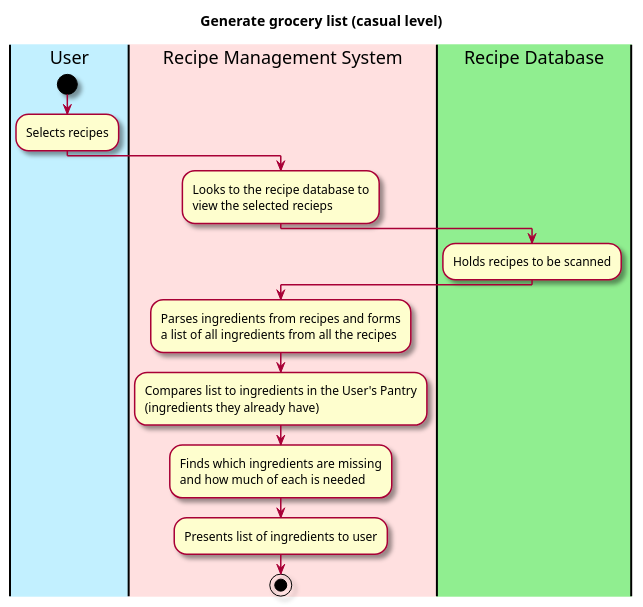
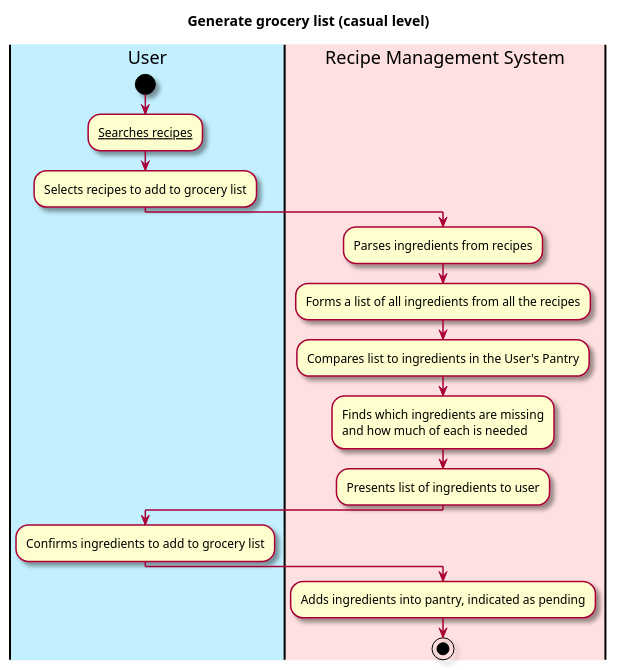
The diagram in intellij/doc/use-cases/generate_grocery_list.md (berthashipper/Pantry-Pal-Android-Application), drawn with PlantUML before and after one commit. The commit also changed 7 other files, not shown here.

````diff
--- a/intellij/doc/use-cases/generate_grocery_list.md
+++ b/intellij/doc/use-cases/generate_grocery_list.md
@@ -27,37 +27,36 @@
 ```plantuml
 @startuml
 
 skin rose
 
 title Generate grocery list (casual level)
 
 'define the lanes
 |#application|User|
 |#implementation|Recipe Management System|
-|#lightgreen|Recipe Database|
 
 |User|
 start
-:Selects recipes;
+:__Searches recipes__;
+:Selects recipes to add to grocery list;
 
 |Recipe Management System|
-:Looks to the recipe database to 
-view the selected recieps;
+:Parses ingredients from recipes;
+:Forms a list of all ingredients from all the recipes;
 
-|Recipe Database|
-:Holds recipes to be scanned;
-
-|Recipe Management System|
-:Parses ingredients from recipes and forms
-a list of all ingredients from all the recipes;
-
-:Compares list to ingredients in the User's Pantry
-(ingredients they already have);
+:Compares list to ingredients in the User's Pantry;
 
 :Finds which ingredients are missing
 and how much of each is needed;
 
 :Presents list of ingredients to user;
+
+|User|
+:Confirms ingredients to add to grocery list;
+
+|Recipe Management System|
+:Adds ingredients into pantry, indicated as pending;
+
 stop
 @enduml
 ```
````
